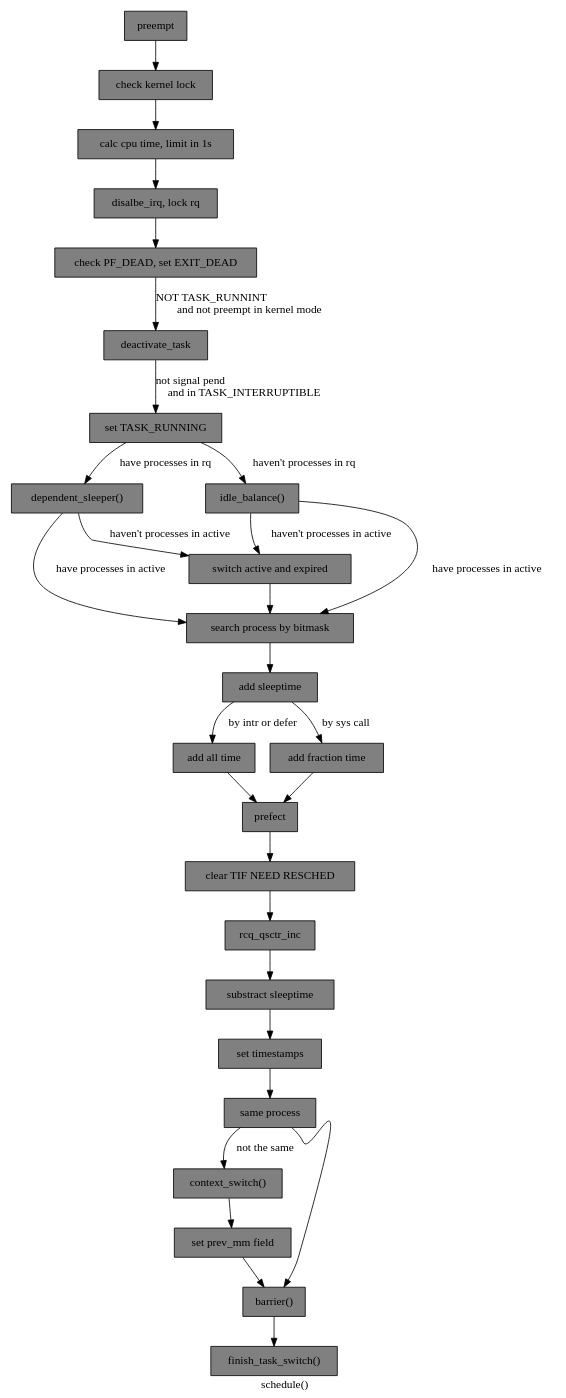
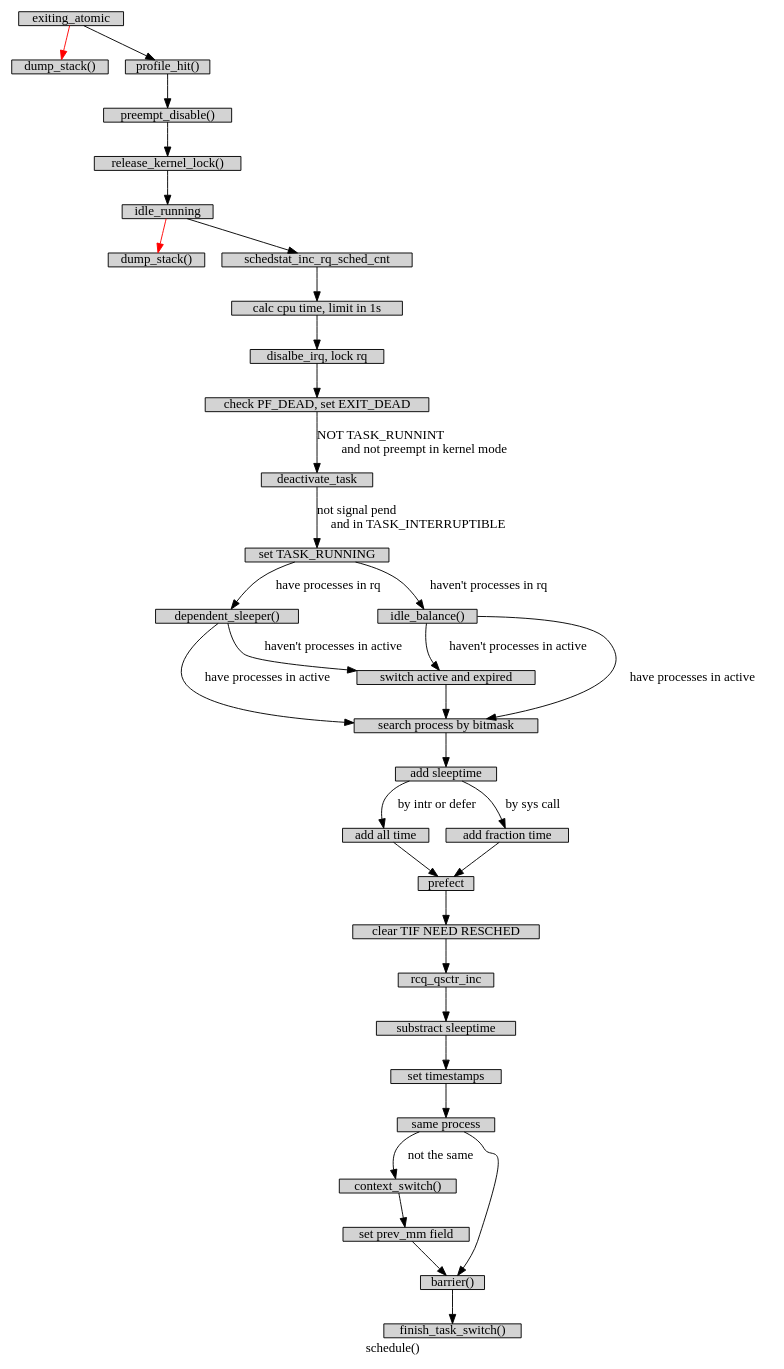
The diagram in ulk7_schedule.dot (BGCX261/zone-source-git), drawn with Graphviz before and after one commit. The commit also changed 19 other files, not shown here.

```diff
--- a/ulk7_schedule.dot
+++ b/ulk7_schedule.dot
@@ -1,61 +1,78 @@
 digraph ulk7_schedule{
         label="schedule()";
         size="10,18";
         ratio=filled;
         
-        node[style=filled,shape=box,fillcolor=gray];
-        preempt;
-        check_kernel_lock[label="check kernel lock"];
+		node[style=filled, shape = box, margin="0.05,0.005",
+			 height="0.1",width="0.1"];
+
+		exiting_atomic;
+		dump_stack[label="dump_stack()"];
+		dump_stack_1[label="dump_stack()"];
+		profile_hit[label="profile_hit()"];
+		preempt_disable[label="preempt_disable()"];
+		
+        release_kernel_lock[label="release_kernel_lock()"];
+		idle_running;
+		
         sched_clock[label="calc cpu time, limit in 1s"];
+		schedstat_inc_rq_sched_cnt;
+		
         disable_irq_lock[label="disalbe_irq, lock rq"];
         PF_DEAD[label="check PF_DEAD, set EXIT_DEAD"];
         deactivate_task[label="deactivate_task"];
         set_task_running[label="set TASK_RUNNING"];
         dependent_sleeper[label="dependent_sleeper()"];
         idle_balance[label="idle_balance()"];
         exch_active_expired[label="switch active and expired"];
         search_process[label="search process by bitmask"];
         add_sleeptime[label="add sleeptime"];
         add_all_time[label="add all time"];
         add_fraction_time[label="add fraction time"];
         prefect;
         clear_TIF_NEED_RESCHED[label="clear TIF NEED RESCHED"];
         rcq_qsctr_inc;
         substract_sleeptime[label="substract sleeptime"];
         set_timestamps[label="set timestamps"];
         same_process[label="same process"];
         context_switch[label="context_switch()"];
         set_prev_mm[label="set prev_mm field"];
         barrier[label="barrier()"];
         finish_task_switch[label="finish_task_switch()"];
         
-        preempt -> check_kernel_lock;
-        check_kernel_lock -> sched_clock;
+		exiting_atomic -> dump_stack[color=red];
+		exiting_atomic -> profile_hit;
+		profile_hit -> preempt_disable;
+        preempt_disable -> release_kernel_lock;
+        release_kernel_lock -> idle_running;
+		idle_running -> schedstat_inc_rq_sched_cnt;
+		idle_running -> dump_stack_1[color=red];
+		schedstat_inc_rq_sched_cnt -> sched_clock;
         sched_clock -> disable_irq_lock;
         disable_irq_lock -> PF_DEAD;
         PF_DEAD -> deactivate_task[label="NOT TASK_RUNNINT\land not preempt in kernel mode"];
         deactivate_task -> set_task_running[label="not signal pend \land in TASK_INTERRUPTIBLE"];
         set_task_running -> dependent_sleeper[label="have processes in rq"];
         dependent_sleeper -> exch_active_expired[label="haven't processes in active"];
         dependent_sleeper -> search_process[label="have processes in active"];
         set_task_running -> idle_balance[label="haven't processes in rq"];
         idle_balance -> exch_active_expired[label="haven't processes in active"];
         idle_balance -> search_process[label="have processes in active"];
         exch_active_expired -> search_process;
         search_process -> add_sleeptime;
         add_sleeptime -> add_all_time[label="by intr or defer"];
         add_sleeptime -> add_fraction_time[label="by sys call"];
         
         add_all_time -> prefect;
         add_fraction_time -> prefect;
         prefect -> clear_TIF_NEED_RESCHED;
         clear_TIF_NEED_RESCHED -> rcq_qsctr_inc;
         rcq_qsctr_inc -> substract_sleeptime;
         substract_sleeptime -> set_timestamps;
         set_timestamps -> same_process;
         same_process -> context_switch[label="not the same"];
         same_process -> barrier;
         context_switch -> set_prev_mm;
         set_prev_mm -> barrier;
         barrier -> finish_task_switch;
 }
```
